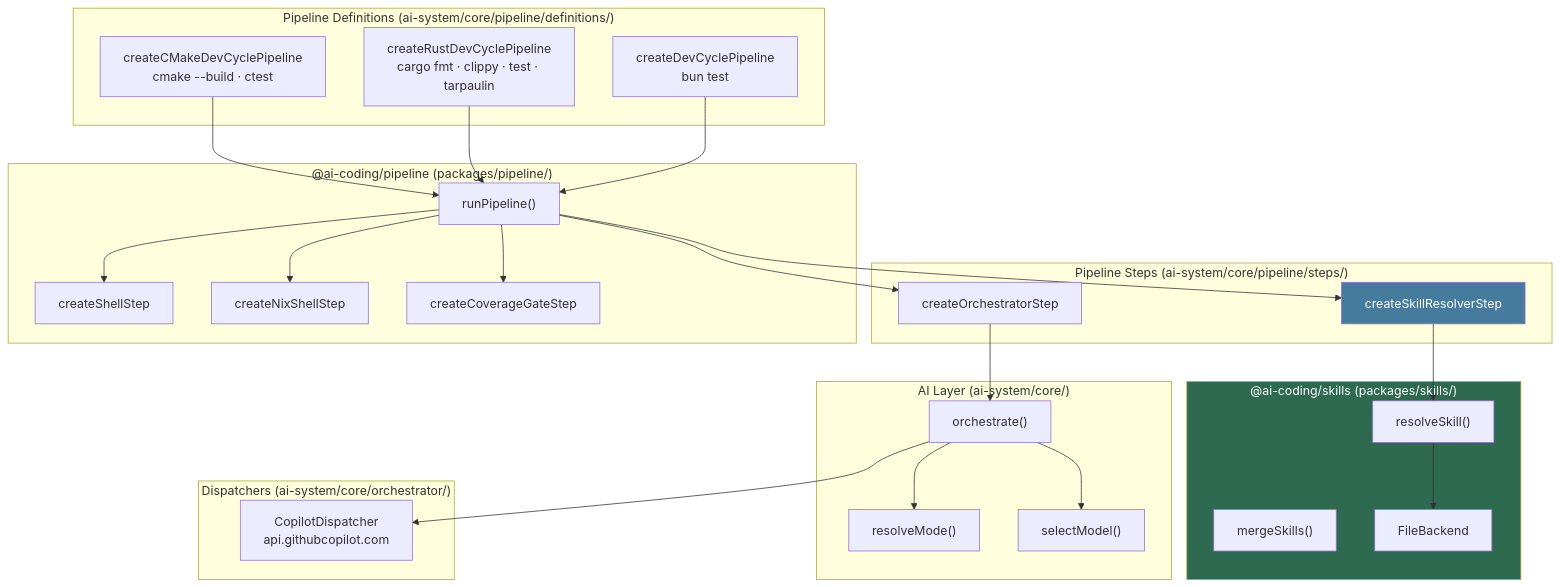
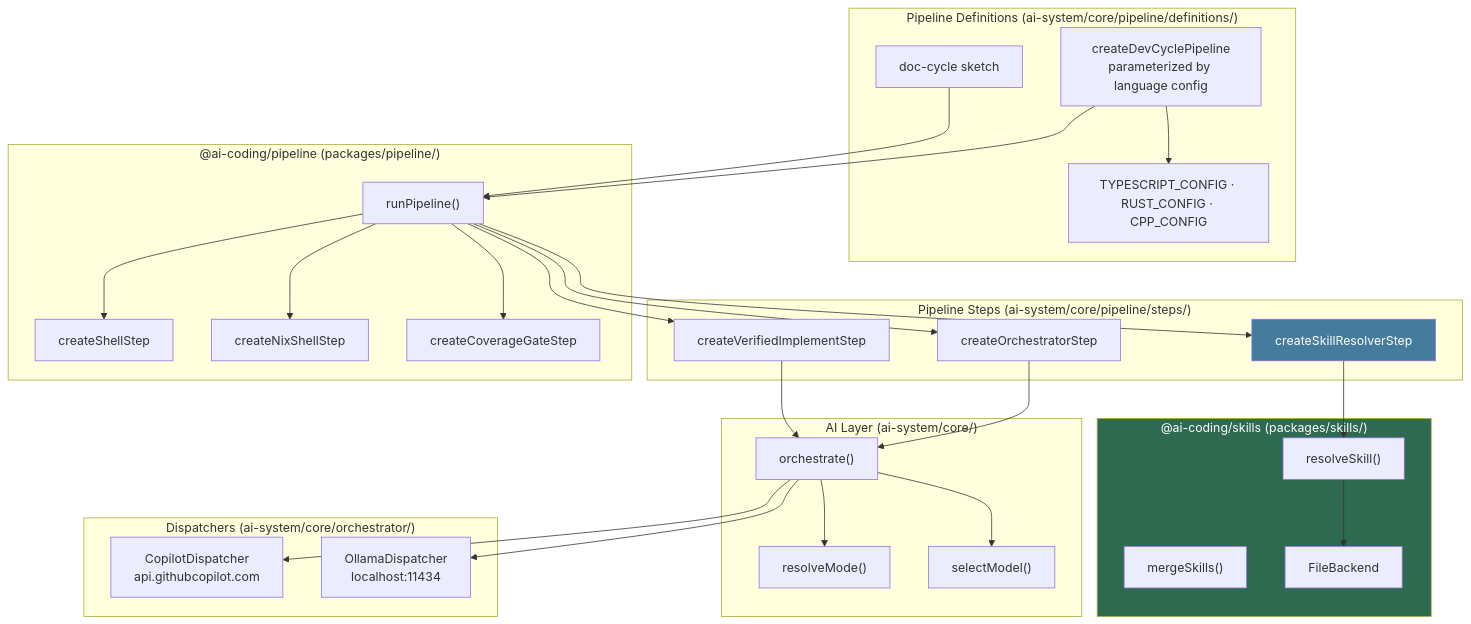
The first of 3 diagrams in docs/architecture.md (vansweej/ai-coding), drawn with Mermaid before and after one commit. The commit also changed other lines of this file and 3 other files, not shown here.

Commit message:
docs: finalize unified dev-cycle documentation

````diff
--- a/docs/architecture.md
+++ b/docs/architecture.md
@@ -15,57 +15,62 @@
 ```mermaid
 graph TD
     subgraph Definitions["Pipeline Definitions (ai-system/core/pipeline/definitions/)"]
-        TSDev["createDevCyclePipeline\nbun test"]
-        RustDev["createRustDevCyclePipeline\ncargo fmt · clippy · test · tarpaulin"]
-        CMakeDev["createCMakeDevCyclePipeline\ncmake --build · ctest"]
+        Dev["createDevCyclePipeline\nparameterized by language config"]
+        Lang["TYPESCRIPT_CONFIG · RUST_CONFIG · CPP_CONFIG"]
+        Doc["doc-cycle sketch"]
     end
 
     subgraph PipelineSteps["Pipeline Steps (ai-system/core/pipeline/steps/)"]
         OrcStep["createOrchestratorStep"]
         SkillStep["createSkillResolverStep"]
+        VerifyStep["createVerifiedImplementStep"]
     end
 
     subgraph SkillsPkg["@ai-coding/skills (packages/skills/)"]
         ResolveSkill["resolveSkill()"]
         MergeSkills["mergeSkills()"]
         FileBack["FileBackend"]
     end
 
     subgraph PipelinePkg["@ai-coding/pipeline (packages/pipeline/)"]
         Runner["runPipeline()"]
         ShellStep["createShellStep"]
         NixStep["createNixShellStep"]
         CoverageGate["createCoverageGateStep"]
     end
 
     subgraph AILayer["AI Layer (ai-system/core/)"]
         Orchestrator["orchestrate()"]
         ModeRouter["resolveMode()"]
         ModelRouter["selectModel()"]
     end
 
     subgraph Dispatchers["Dispatchers (ai-system/core/orchestrator/)"]
         Copilot["CopilotDispatcher\napi.githubcopilot.com"]
+        Ollama["OllamaDispatcher\nlocalhost:11434"]
     end
 
-    TSDev --> Runner
-    RustDev --> Runner
-    CMakeDev --> Runner
+    Dev --> Lang
+    Dev --> Runner
+    Doc --> Runner
 
     Runner --> OrcStep
     Runner --> SkillStep
+    Runner --> VerifyStep
     Runner --> ShellStep
     Runner --> NixStep
     Runner --> CoverageGate
 
     SkillStep --> ResolveSkill
     ResolveSkill --> FileBack
 
     OrcStep --> Orchestrator
+    VerifyStep --> Orchestrator
     Orchestrator --> ModeRouter
     Orchestrator --> ModelRouter
     Orchestrator --> Copilot
+    Orchestrator --> Ollama
 
     style SkillsPkg fill:#2d6a4f,color:#fff
     style SkillStep fill:#457b9d,color:#fff
 ```
````
